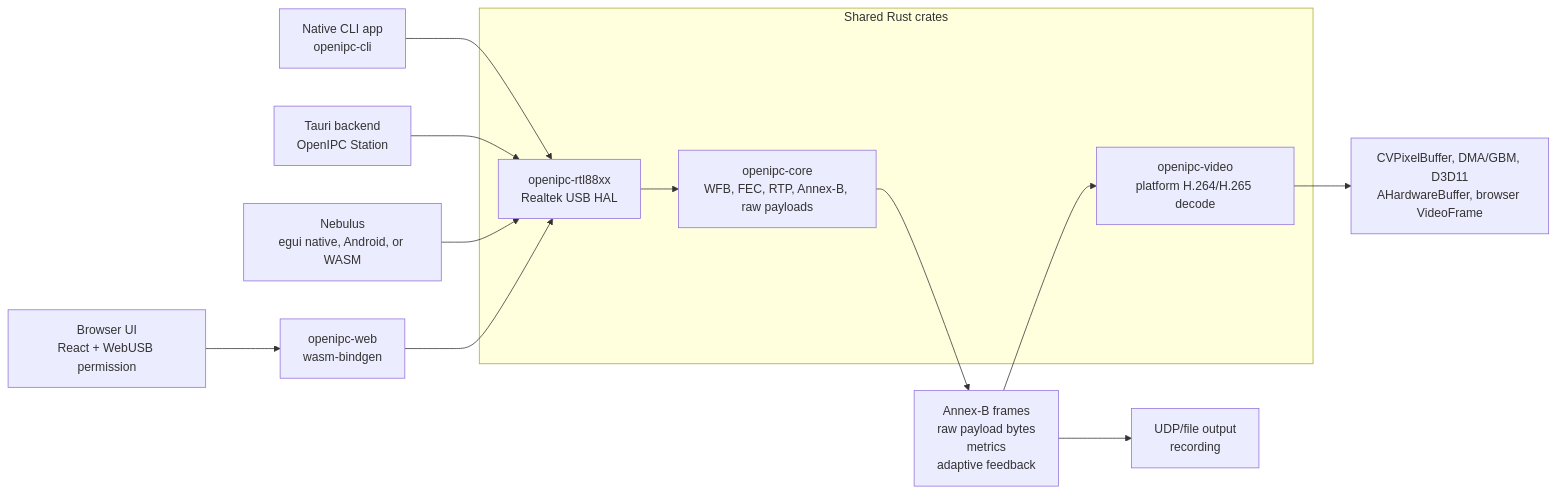
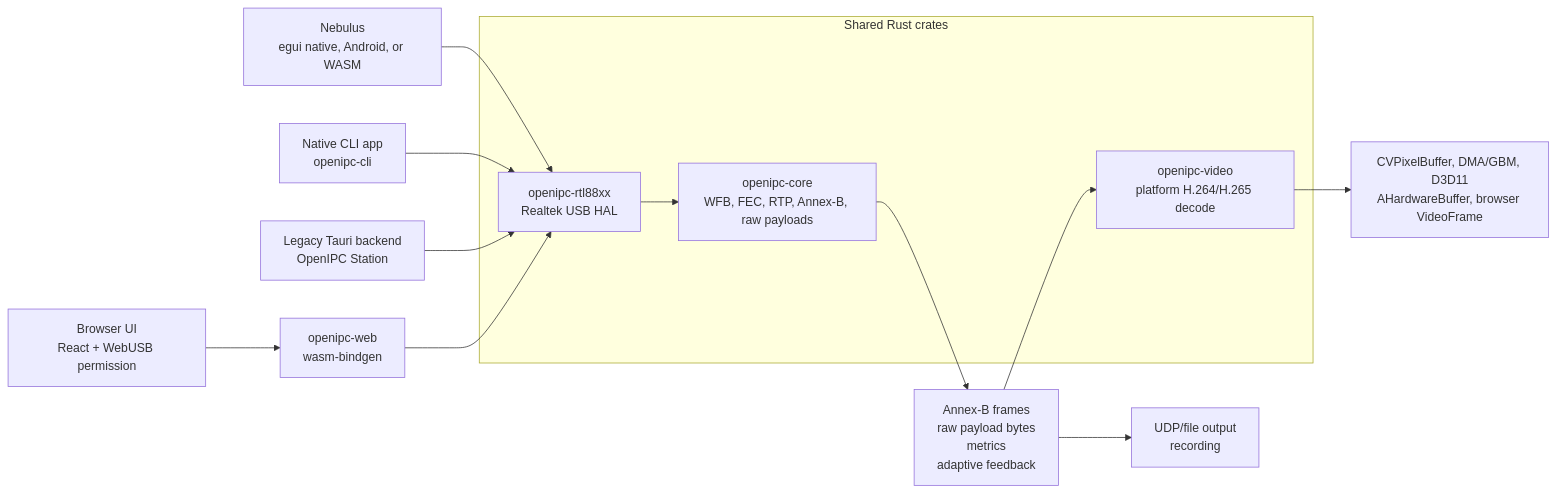
Before and after one commit to neelsani/openipc-rs: the first of 3 diagrams in docs/docs/architecture.md, drawn with Mermaid. The commit also changed other lines of this file and 82 other files, not shown here.

Commit message:
feat: harden Nebulus ground station and receiver stack

````diff
--- a/docs/docs/architecture.md
+++ b/docs/docs/architecture.md
@@ -11,19 +11,19 @@
 ```mermaid
 flowchart LR
     subgraph Shared["Shared Rust crates"]
         Core["openipc-core<br/>WFB, FEC, RTP, Annex-B, raw payloads"]
         Rtl["openipc-rtl88xx<br/>Realtek USB HAL"]
         Video["openipc-video<br/>platform H.264/H.265 decode"]
     end
 
+    Nebulus["Nebulus<br/>egui native, Android, or WASM"] --> Rtl
     Native["Native CLI app<br/>openipc-cli"] --> Rtl
-    Desktop["Tauri backend<br/>OpenIPC Station"] --> Rtl
-    Nebulus["Nebulus<br/>egui native, Android, or WASM"] --> Rtl
+    Desktop["Legacy Tauri backend<br/>OpenIPC Station"] --> Rtl
     Browser["Browser UI<br/>React + WebUSB permission"] --> Wasm["openipc-web<br/>wasm-bindgen"]
     Wasm --> Rtl
     Rtl --> Core
     Core --> Output["Annex-B frames<br/>raw payload bytes<br/>metrics<br/>adaptive feedback"]
     Output --> Video
     Output --> Players["UDP/file output<br/>recording"]
     Video --> NativeSurface["CVPixelBuffer, DMA/GBM, D3D11<br/>AHardwareBuffer, browser VideoFrame"]
 ```
````
